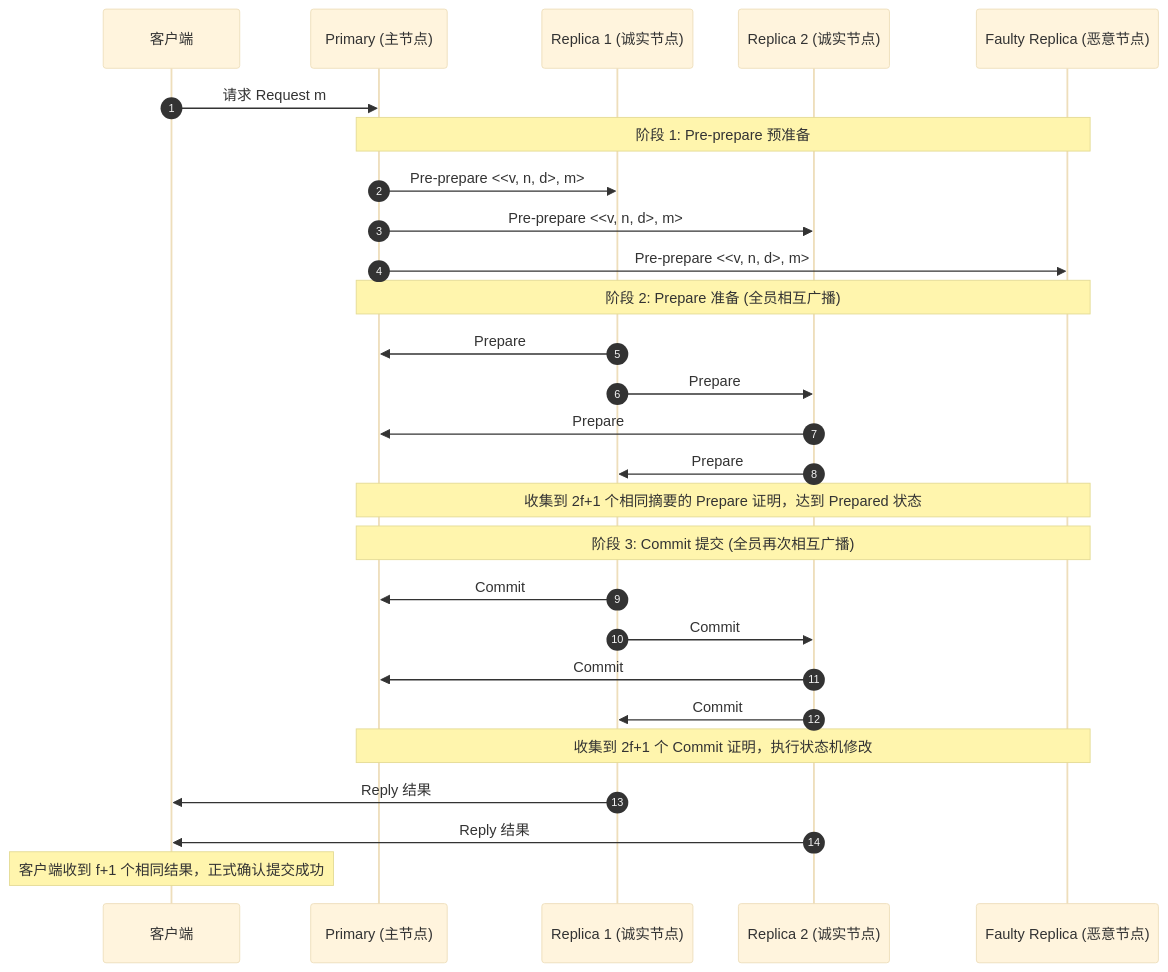
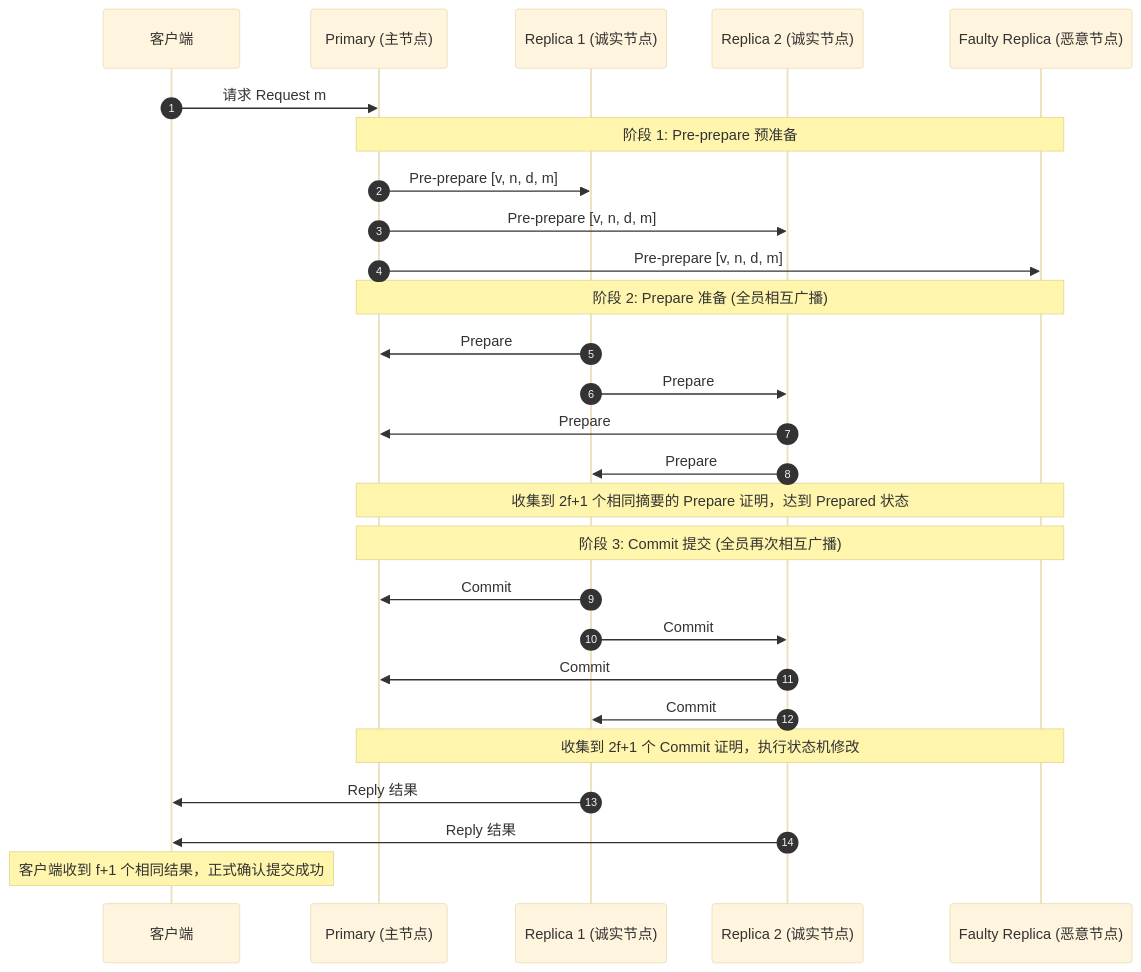
The diagram in docs/22_pbft.md (donkey-roll/distributed-system), drawn with Mermaid (base theme) before and after one commit. The commit also changed 10 other files, not shown here.

Commit message:
Fix Mermaid diagram syntax and markdown rendering across LEC 03 and all docs

````diff
--- a/docs/22_pbft.md
+++ b/docs/22_pbft.md
@@ -30,36 +30,36 @@
 ```mermaid
 sequenceDiagram
     autonumber
     participant C as 客户端
     participant P as Primary (主节点)
     participant B1 as Replica 1 (诚实节点)
     participant B2 as Replica 2 (诚实节点)
     participant B3 as Faulty Replica (恶意节点)
 
     C->>P: 请求 Request m
     
     Note over P,B3: 阶段 1: Pre-prepare 预准备
-    P->>B1: Pre-prepare <<v, n, d>, m>
-    P->>B2: Pre-prepare <<v, n, d>, m>
-    P->>B3: Pre-prepare <<v, n, d>, m>
+    P->>B1: Pre-prepare [v, n, d, m]
+    P->>B2: Pre-prepare [v, n, d, m]
+    P->>B3: Pre-prepare [v, n, d, m]
 
     Note over P,B3: 阶段 2: Prepare 准备 (全员相互广播)
     B1->>P: Prepare
     B1->>B2: Prepare
     B2->>P: Prepare
     B2->>B1: Prepare
 
     Note over P,B3: 收集到 2f+1 个相同摘要的 Prepare 证明，达到 Prepared 状态
 
     Note over P,B3: 阶段 3: Commit 提交 (全员再次相互广播)
     B1->>P: Commit
     B1->>B2: Commit
     B2->>P: Commit
     B2->>B1: Commit
 
     Note over P,B3: 收集到 2f+1 个 Commit 证明，执行状态机修改
 
     B1->>C: Reply 结果
     B2->>C: Reply 结果
     Note over C: 客户端收到 f+1 个相同结果，正式确认提交成功
 ```
````
